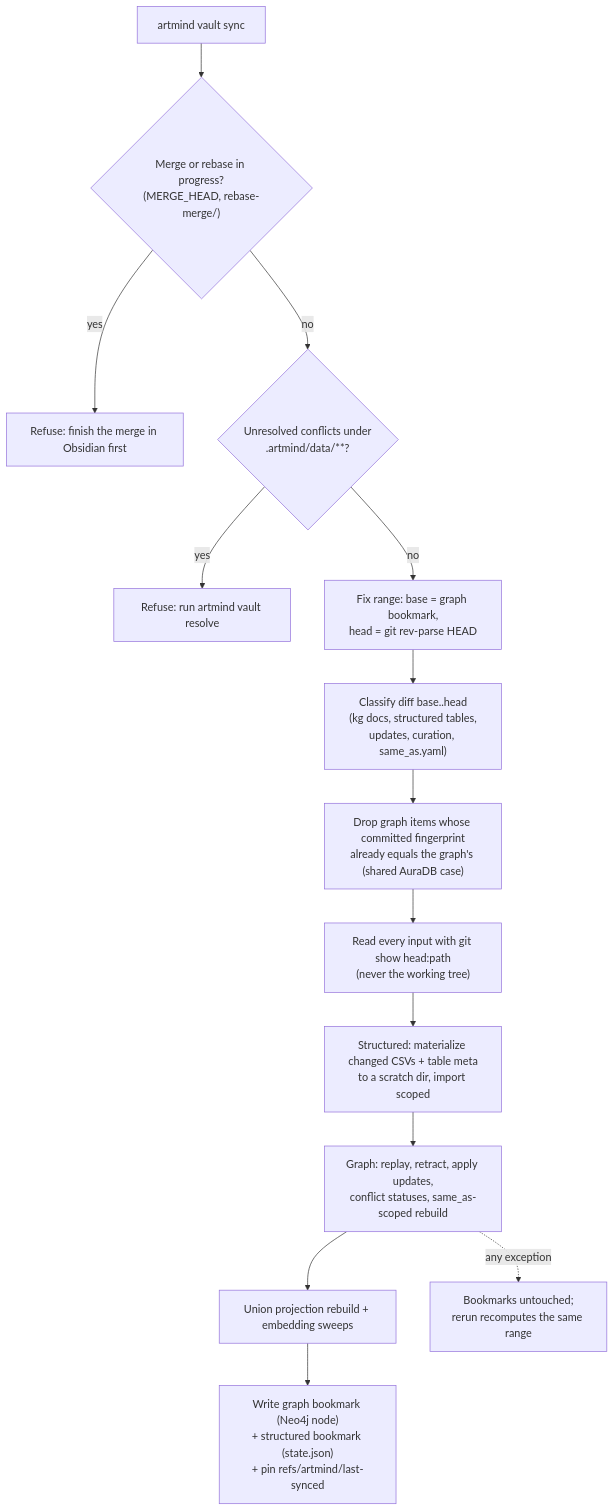
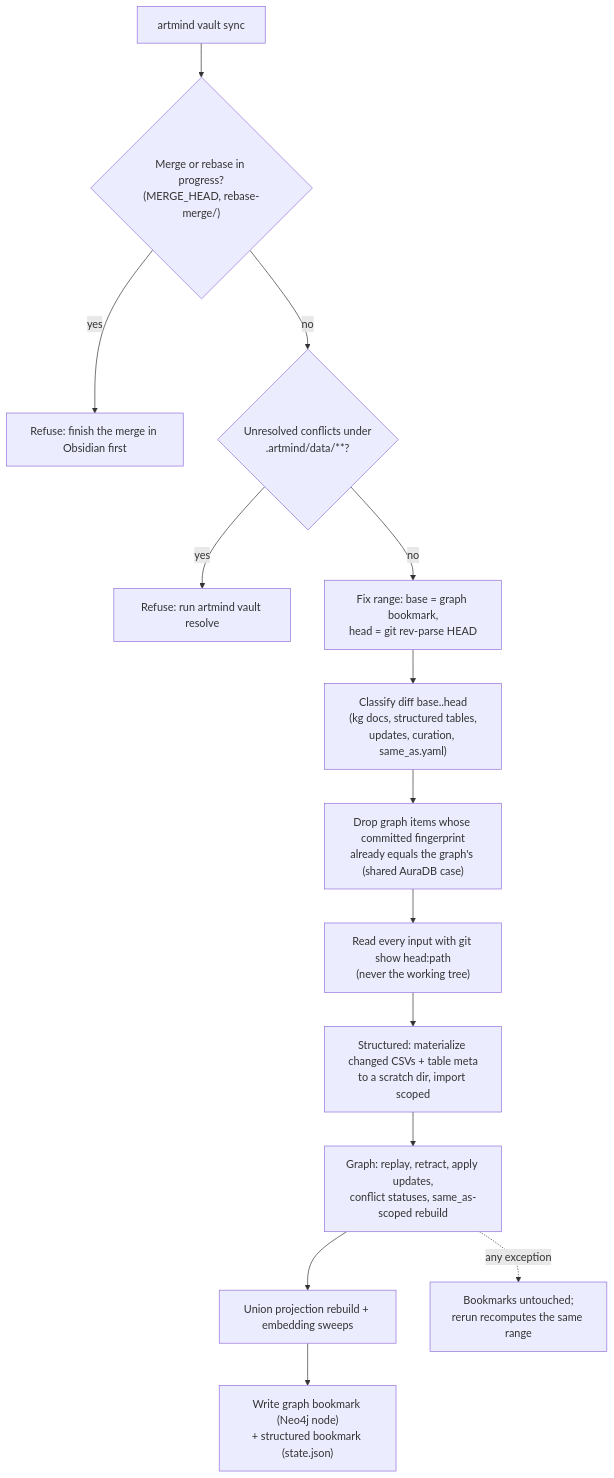
The second of 2 diagrams in docs/superpowers/specs/2026-09-26-vault-git-transport-design.md (neurongraph/artmind9), drawn with Mermaid before and after one commit. The commit also changed other lines of this file and 1 other file, not shown here.

First line of the commit message:
docs(vault-sync): drop the refs/artmind/ pin from the plan and spec

````diff
--- a/docs/superpowers/specs/2026-09-26-vault-git-transport-design.md
+++ b/docs/superpowers/specs/2026-09-26-vault-git-transport-design.md
@@ -104,16 +104,16 @@
 ```mermaid
 flowchart TD
     S0["artmind vault sync"] --> S1{"Merge or rebase in progress?<br/>(MERGE_HEAD, rebase-merge/)"}
     S1 -- yes --> X1["Refuse: finish the merge in Obsidian first"]
     S1 -- no --> S2{"Unresolved conflicts under<br/>.artmind/data/**?"}
     S2 -- yes --> X2["Refuse: run artmind vault resolve"]
     S2 -- no --> S3["Fix range: base = graph bookmark,<br/>head = git rev-parse HEAD"]
     S3 --> S4["Classify diff base..head<br/>(kg docs, structured tables,<br/>updates, curation, same_as.yaml)"]
     S4 --> S5["Drop graph items whose committed fingerprint<br/>already equals the graph's (shared AuraDB case)"]
     S5 --> S6["Read every input with git show head:path<br/>(never the working tree)"]
     S6 --> S7["Structured: materialize changed CSVs + table meta<br/>to a scratch dir, import scoped"]
     S7 --> S8["Graph: replay, retract, apply updates,<br/>conflict statuses, same_as-scoped rebuild"]
     S8 --> S9["Union projection rebuild + embedding sweeps"]
-    S9 --> S10["Write graph bookmark (Neo4j node)<br/>+ structured bookmark (state.json)<br/>+ pin refs/artmind/last-synced"]
+    S9 --> S10["Write graph bookmark (Neo4j node)<br/>+ structured bookmark (state.json)"]
     S8 -. "any exception" .-> X3["Bookmarks untouched;<br/>rerun recomputes the same range"]
 ```
````
